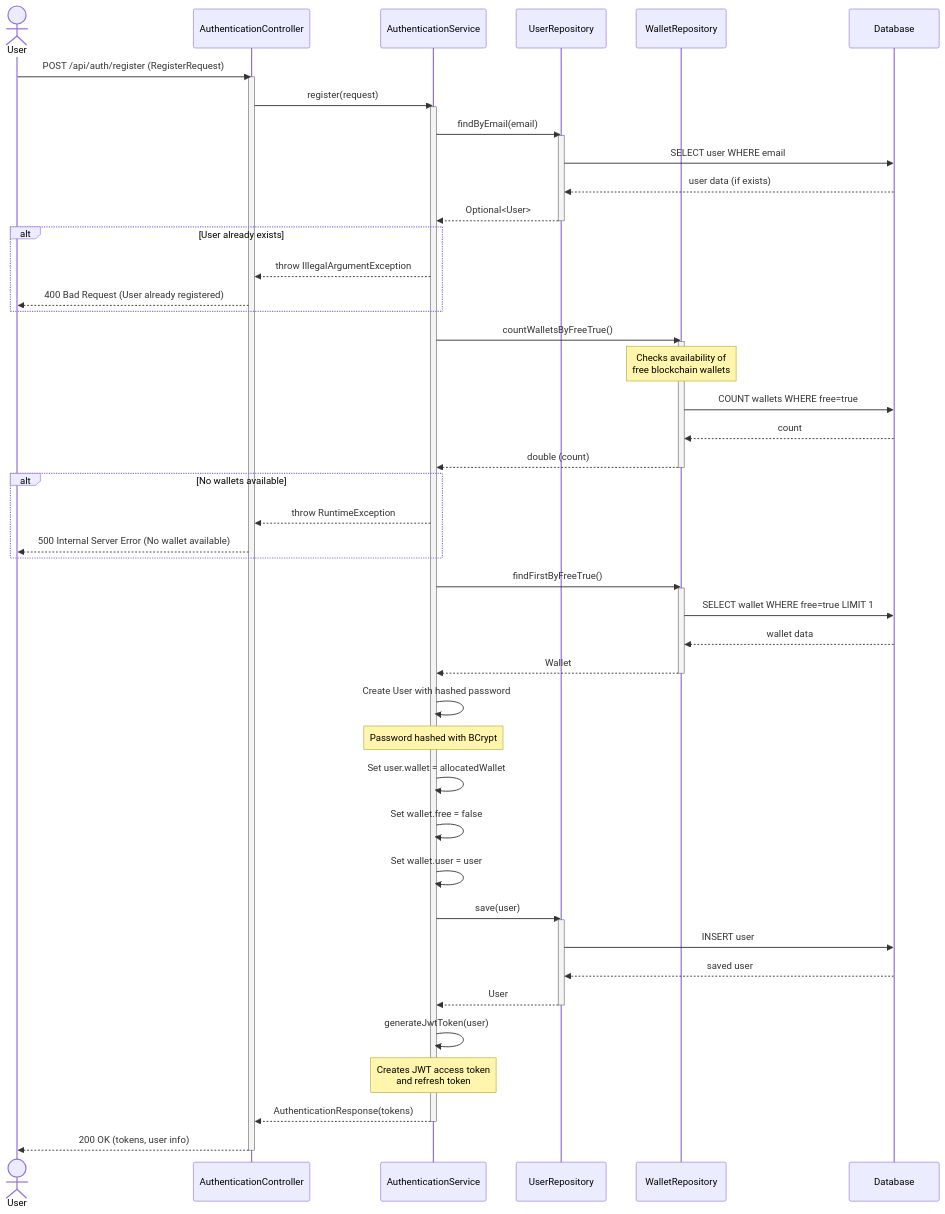
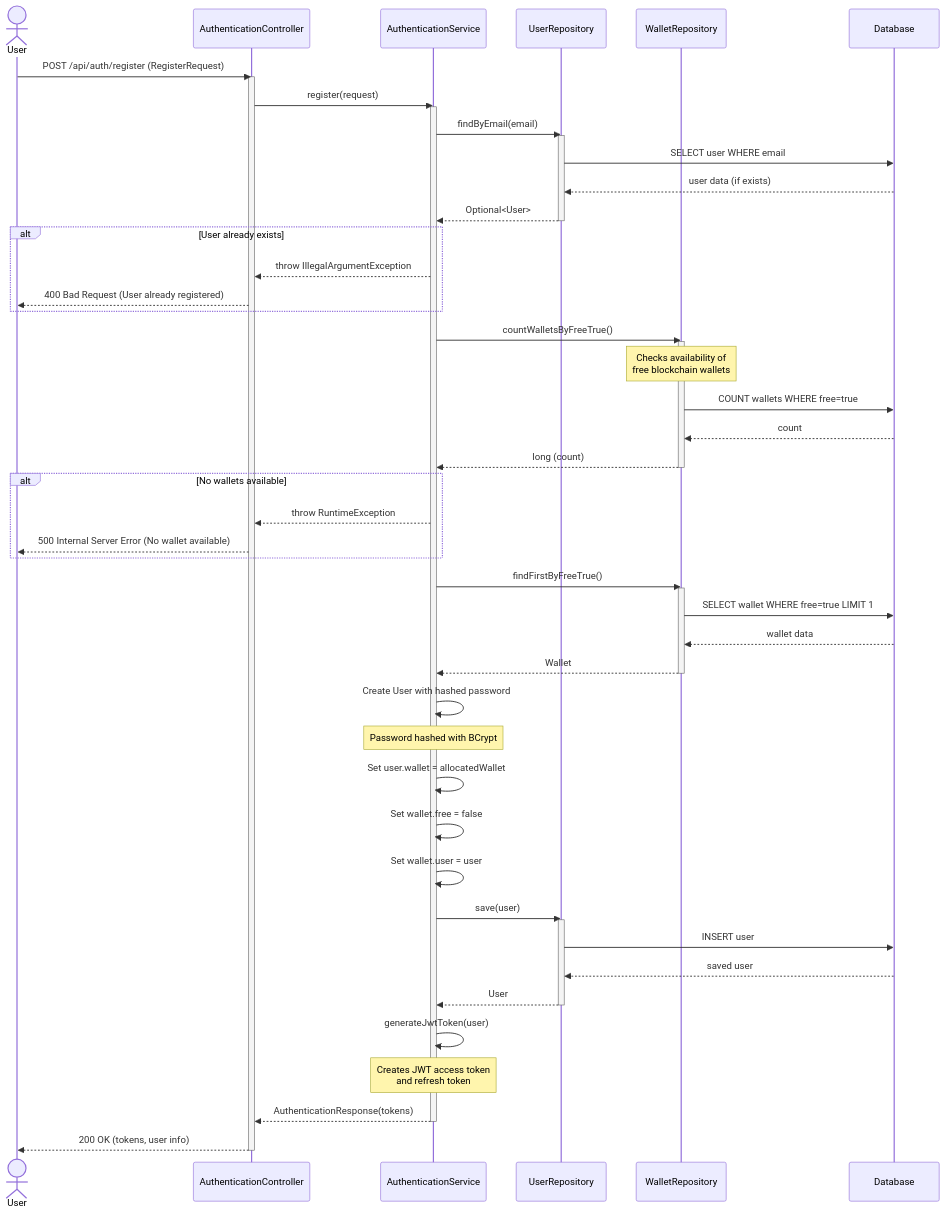
The diagram in docs/sequence-user-registration.md (s-lusito/TicketBlock-Ing_Sw), drawn with Mermaid before and after one commit. The commit also changed 1 other file, not shown here.

Commit message:
Fix return type for countWalletsByFreeTrue from double to long

````diff
--- a/docs/sequence-user-registration.md
+++ b/docs/sequence-user-registration.md
@@ -5,69 +5,69 @@
 ```mermaid
 sequenceDiagram
     actor User
     participant Controller as AuthenticationController
     participant Service as AuthenticationService
     participant UserRepo as UserRepository
     participant WalletRepo as WalletRepository
     participant DB as Database
 
     User->>Controller: POST /api/auth/register (RegisterRequest)
     activate Controller
     
     Controller->>Service: register(request)
     activate Service
     
     Service->>UserRepo: findByEmail(email)
     activate UserRepo
     UserRepo->>DB: SELECT user WHERE email
     DB-->>UserRepo: user data (if exists)
     UserRepo-->>Service: Optional<User>
     deactivate UserRepo
     
     alt User already exists
         Service-->>Controller: throw IllegalArgumentException
         Controller-->>User: 400 Bad Request (User already registered)
     end
     
     Service->>WalletRepo: countWalletsByFreeTrue()
     activate WalletRepo
     Note over WalletRepo: Checks availability of<br/>free blockchain wallets
     WalletRepo->>DB: COUNT wallets WHERE free=true
     DB-->>WalletRepo: count
-    WalletRepo-->>Service: double (count)
+    WalletRepo-->>Service: long (count)
     deactivate WalletRepo
     
     alt No wallets available
         Service-->>Controller: throw RuntimeException
         Controller-->>User: 500 Internal Server Error (No wallet available)
     end
     
     Service->>WalletRepo: findFirstByFreeTrue()
     activate WalletRepo
     WalletRepo->>DB: SELECT wallet WHERE free=true LIMIT 1
     DB-->>WalletRepo: wallet data
     WalletRepo-->>Service: Wallet
     deactivate WalletRepo
     
     Service->>Service: Create User with hashed password
     Note over Service: Password hashed with BCrypt
     Service->>Service: Set user.wallet = allocatedWallet
     Service->>Service: Set wallet.free = false
     Service->>Service: Set wallet.user = user
     
     Service->>UserRepo: save(user)
     activate UserRepo
     UserRepo->>DB: INSERT user
     DB-->>UserRepo: saved user
     UserRepo-->>Service: User
     deactivate UserRepo
     
     Service->>Service: generateJwtToken(user)
     Note over Service: Creates JWT access token<br/>and refresh token
     
     Service-->>Controller: AuthenticationResponse(tokens)
     deactivate Service
     
     Controller-->>User: 200 OK (tokens, user info)
     deactivate Controller
 ```
````
